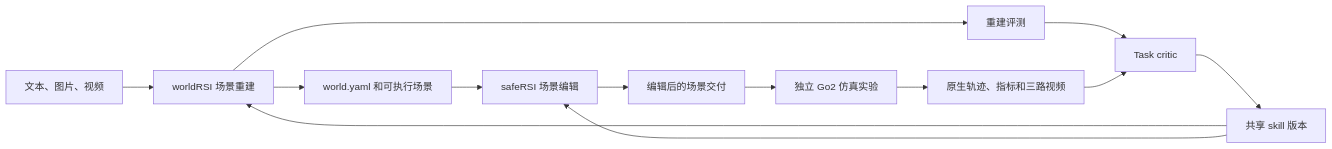
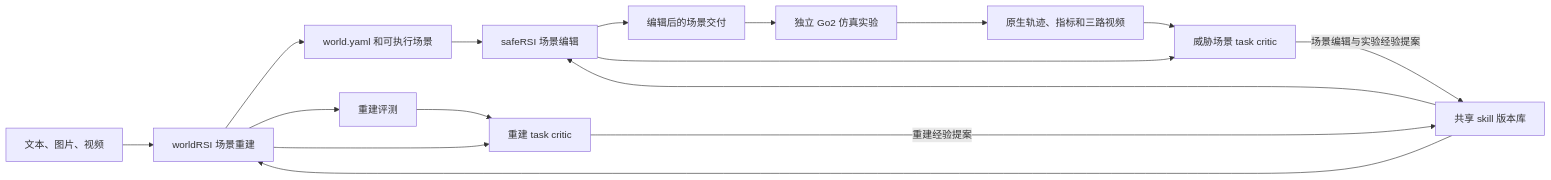
The diagram in README.md (xdt11/worldRSIv3), drawn with Mermaid before and after one commit. The commit also changed other lines of this file, not shown here.

Commit message:
Clarify the two RSI task critics

````diff
--- a/README.md
+++ b/README.md
@@ -7,15 +7,18 @@
 ```mermaid
 flowchart LR
     Input["文本、图片、视频"] --> World["worldRSI 场景重建"]
     World --> Scene["world.yaml 和可执行场景"]
     Scene --> Safe["safeRSI 场景编辑"]
     Safe --> Edited["编辑后的场景交付"]
     Edited --> Rollout["独立 Go2 仿真实验"]
     Rollout --> Evidence["原生轨迹、指标和三路视频"]
     World --> Score["重建评测"]
-    Score --> Critic["Task critic"]
-    Evidence --> Critic
-    Critic --> Skills["共享 skill 版本"]
+    World --> WorldCritic["重建 task critic"]
+    Score --> WorldCritic
+    Safe --> SafeCritic["威胁场景 task critic"]
+    Evidence --> SafeCritic
+    WorldCritic -->|重建经验提案| Skills["共享 skill 版本库"]
+    SafeCritic -->|场景编辑与实验经验提案| Skills
     Skills --> World
     Skills --> Safe
 ```
````
